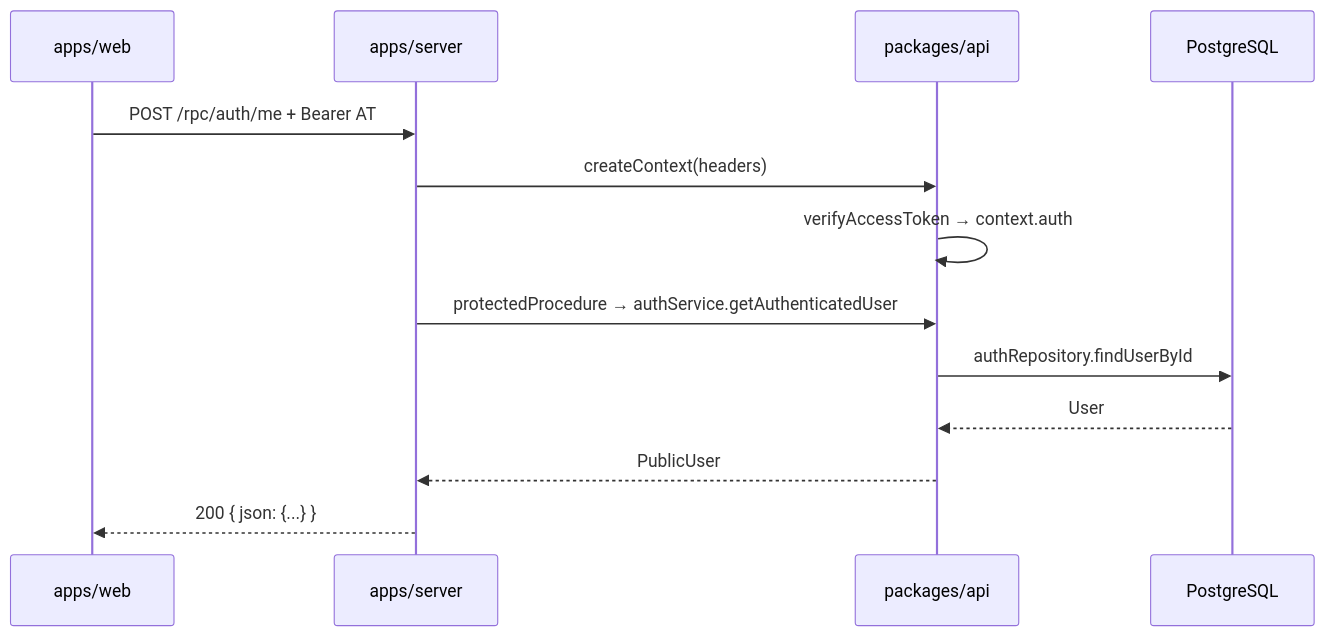
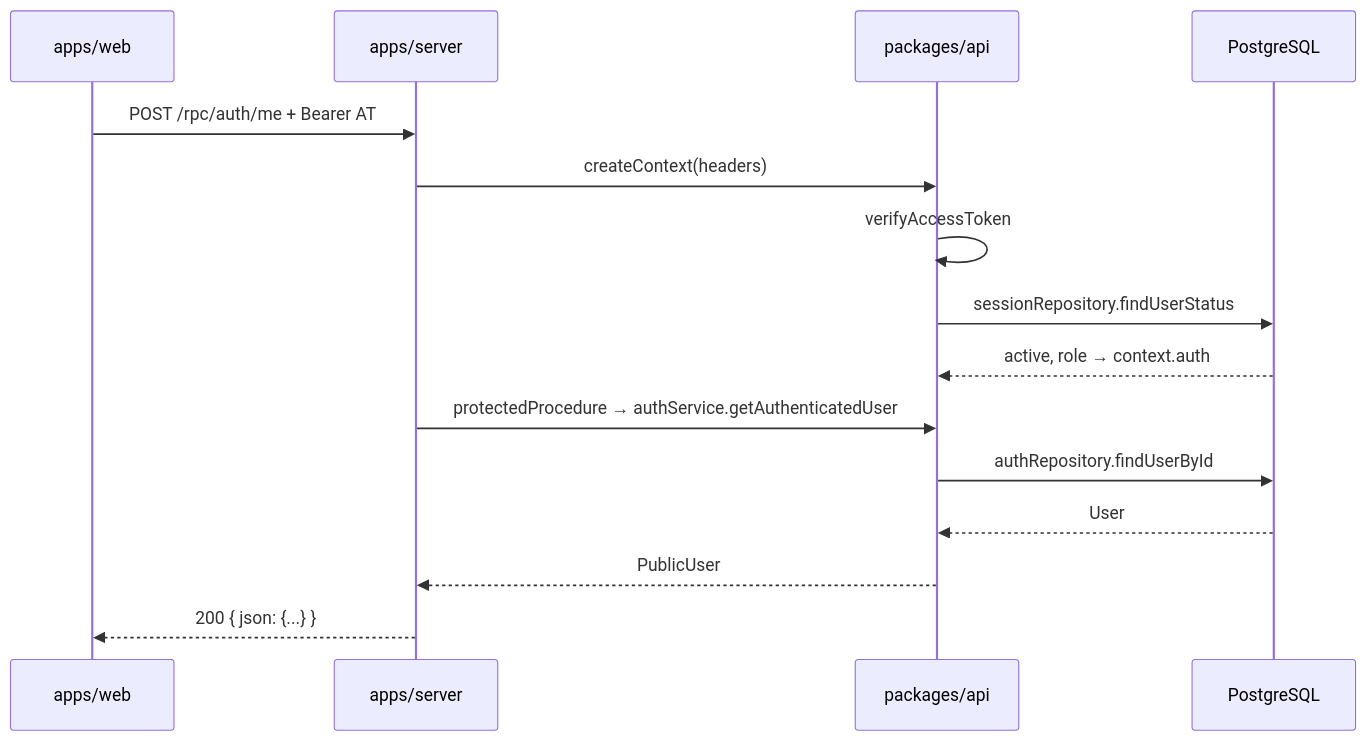
One commit to TiagoM13/kpi-corp changed the third of 3 diagrams in docs/architecture/OVERVIEW.md. Above: the diagram before and after it, drawn with Mermaid. The commit also changed other lines of this file and 1 other file, not shown here.

Commit message:
docs: update the contributing guide and the architecture overview

````diff
--- a/docs/architecture/OVERVIEW.md
+++ b/docs/architecture/OVERVIEW.md
@@ -112,16 +113,18 @@
 ```mermaid
 sequenceDiagram
     participant W as apps/web
     participant S as apps/server
     participant A as packages/api
     participant D as PostgreSQL
 
     W->>S: POST /rpc/auth/me + Bearer AT
     S->>A: createContext(headers)
-    A->>A: verifyAccessToken → context.auth
+    A->>A: verifyAccessToken
+    A->>D: sessionRepository.findUserStatus
+    D-->>A: active, role → context.auth
     S->>A: protectedProcedure → authService.getAuthenticatedUser
     A->>D: authRepository.findUserById
     D-->>A: User
     A-->>S: PublicUser
     S-->>W: 200 { json: {...} }
 ```
````
